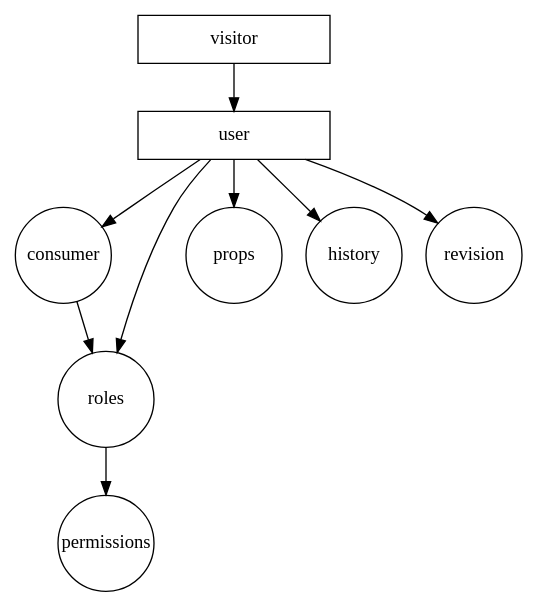
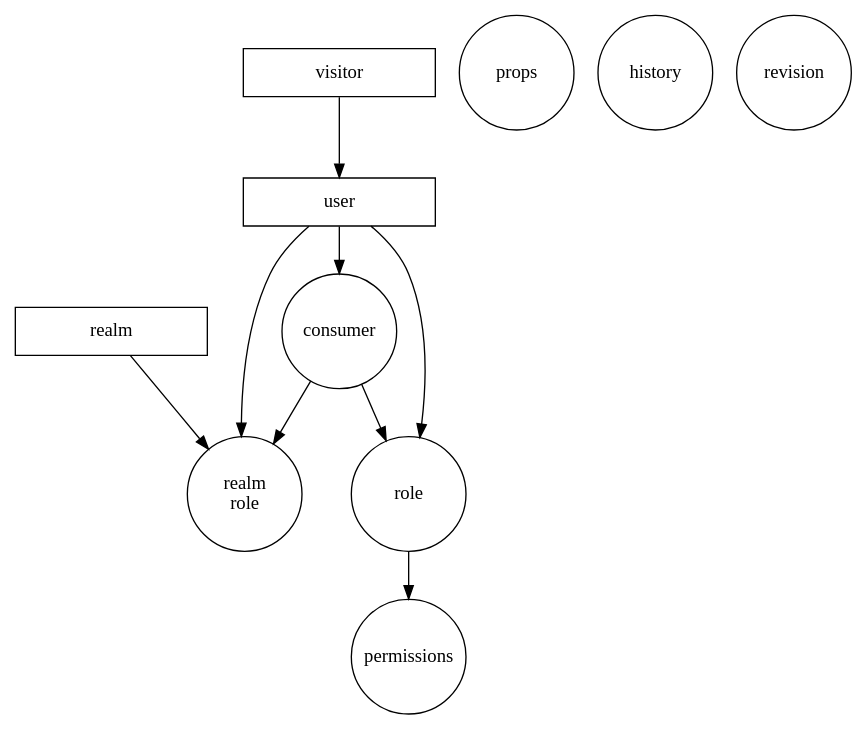
Before and after one commit to jpos/jPOS-EE: the first of 3 diagrams in doc/src/asciidoc/entities/eeuser.adoc, drawn with Graphviz. The commit also changed other lines of this file and 4 other files, not shown here.

Commit message:
WIP add Realm to role

```diff
--- a/doc/src/asciidoc/entities/eeuser.adoc
+++ b/doc/src/asciidoc/entities/eeuser.adoc
@@ -5,16 +6,37 @@
-[graphviz, eeuser-module, svg]
+[graphviz, eeuser-module, svg, width=450]
 ----
 digraph eeuser {
-    node [shape=box, width=2.0];  user; visitor;
-    node [shape=circle, fixedsize=true,width=1.0]; consumer; roles; permissions; props; history; revision
-    user -> roles;
+    node [shape=box, width=2.0];  user; visitor; realm;
+    node [shape=circle, fixedsize=true,width=1.2]; consumer; role; permissions; props; history; revision;
+    node [shape=circle, fixedsize=true,width=1.2,label="realm\nrole"]; realm_role;
     visitor -> user
-    user -> props;
-    user -> history;
+
+    // node [shape=circle, fixedsize=true,width=1.2,label="user\nrole"]; user_role;
+    // node [shape=circle, fixedsize=true,width=1.2,label="consumer\nrole"]; consumer_role;
+
+    // user -> props;
+    // user -> history;
+    // user -> revision;
+
     user -> consumer;
-    user -> revision;
+    user -> role;
+    user -> realm_role;
 
-    consumer -> roles;
-    roles -> permissions;
+    realm -> realm_role;
+
+    consumer -> role;
+    consumer -> realm_role;
+
+    role -> permissions;
+
+    // realm -> realm_role;
+    // realm_role -> role;
+
+    // user -> user_role;
+    // realm -> user_role;
+
+    // role -> realm_role;
+    // consumer -> consumer_role;
+    // realm -> consumer_role;
 }
 ----
```
